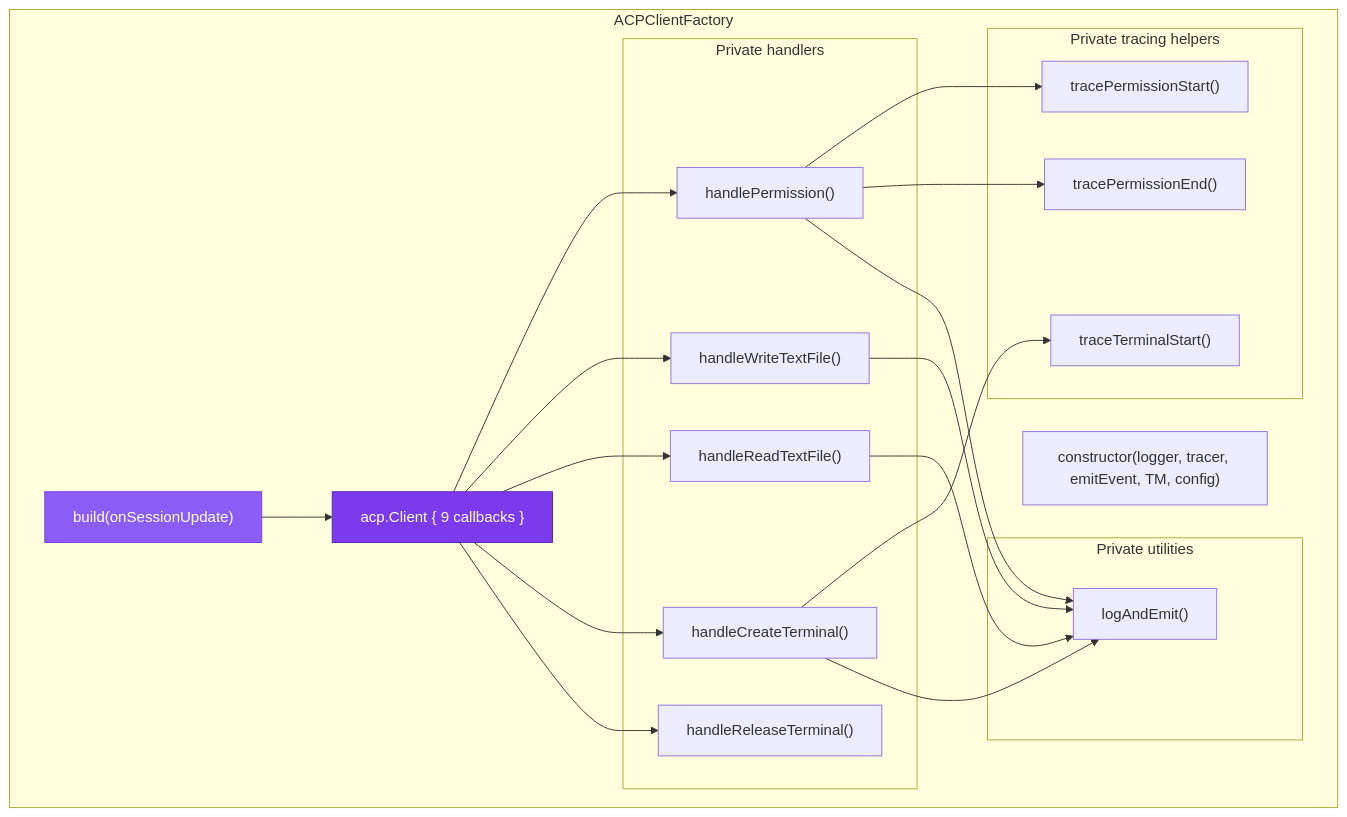
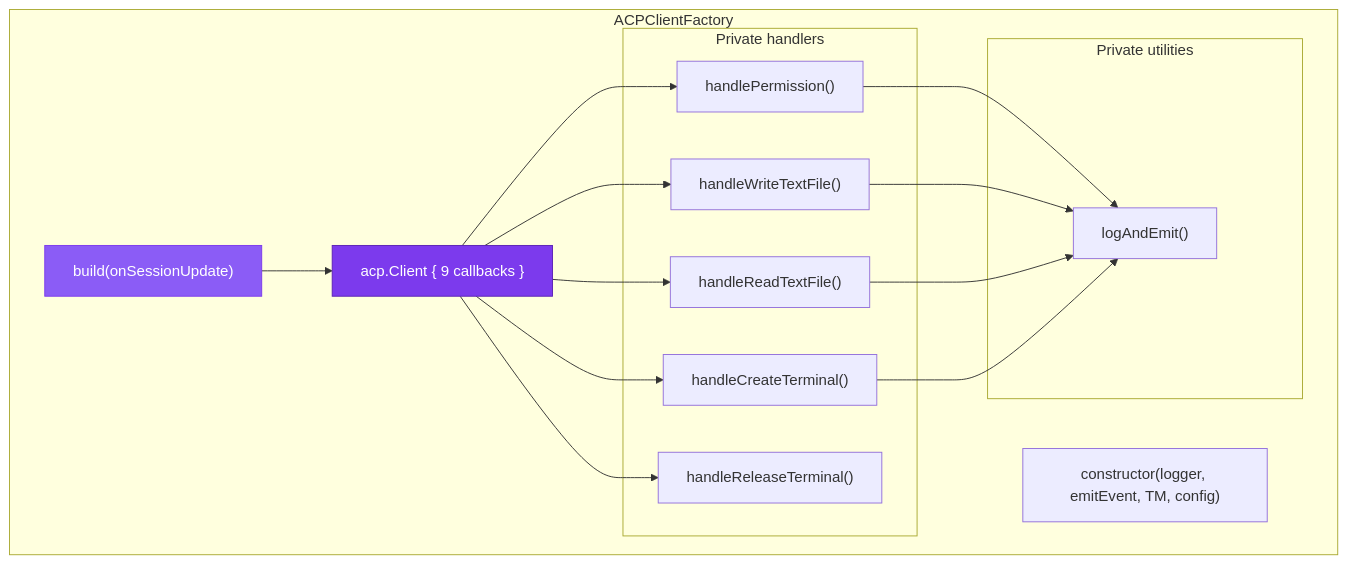
The seventh of 10 diagrams in docs/components/acp-client-factory.md (atinseau/stark), drawn with Mermaid before and after one commit. The commit also changed other lines of this file and 13 other files, not shown here.

````diff
--- a/docs/components/acp-client-factory.md
+++ b/docs/components/acp-client-factory.md
@@ -526,35 +407,29 @@
 ```mermaid
 graph TB
     subgraph "ACPClientFactory"
-        CTOR["constructor(logger, tracer, emitEvent, TM, config)"]
+        CTOR["constructor(logger, emitEvent, TM, config)"]
         BUILD_M["build(onSessionUpdate)"]
         BUILD_M --> CLIENT["acp.Client { 9 callbacks }"]
 
         subgraph "Private handlers"
             HP["handlePermission()"]
             HW["handleWriteTextFile()"]
             HR["handleReadTextFile()"]
             HCT["handleCreateTerminal()"]
             HRT["handleReleaseTerminal()"]
         end
 
-        subgraph "Private tracing helpers"
-            TPS["tracePermissionStart()"]
-            TPE["tracePermissionEnd()"]
-            TTS["traceTerminalStart()"]
-        end
-
         subgraph "Private utilities"
             LAE["logAndEmit()"]
         end
 
         CLIENT --> HP & HW & HR & HCT & HRT
-        HP --> TPS & TPE & LAE
+        HP --> LAE
         HW --> LAE
         HR --> LAE
-        HCT --> TTS & LAE
+        HCT --> LAE
     end
 
     style CLIENT fill:#7c3aed,stroke:#5b21b6,color:#fff
     style BUILD_M fill:#8b5cf6,stroke:#7c3aed,color:#fff
 ```
````
